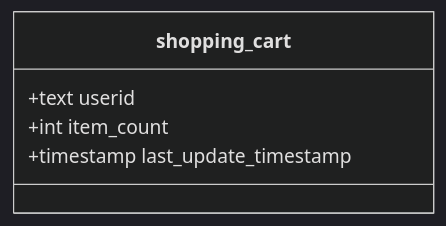
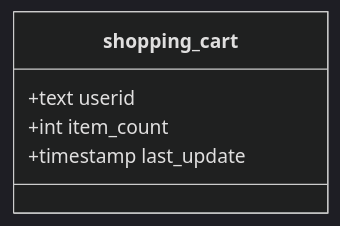
One commit to Ga11u/tekna-workshop changed the diagram in cassandra/README.md. Above: the diagram before and after it, drawn with Mermaid (dark theme). The commit also changed other lines of this file and 1 other file, not shown here.

````diff
--- a/cassandra/README.md
+++ b/cassandra/README.md
@@ -168,8 +168,8 @@
 ```mermaid
 classDiagram
     class shopping_cart{
       +text userid
       +int item_count
-      +timestamp last_update_timestamp
+      +timestamp last_update
     }
 ``` 
````
